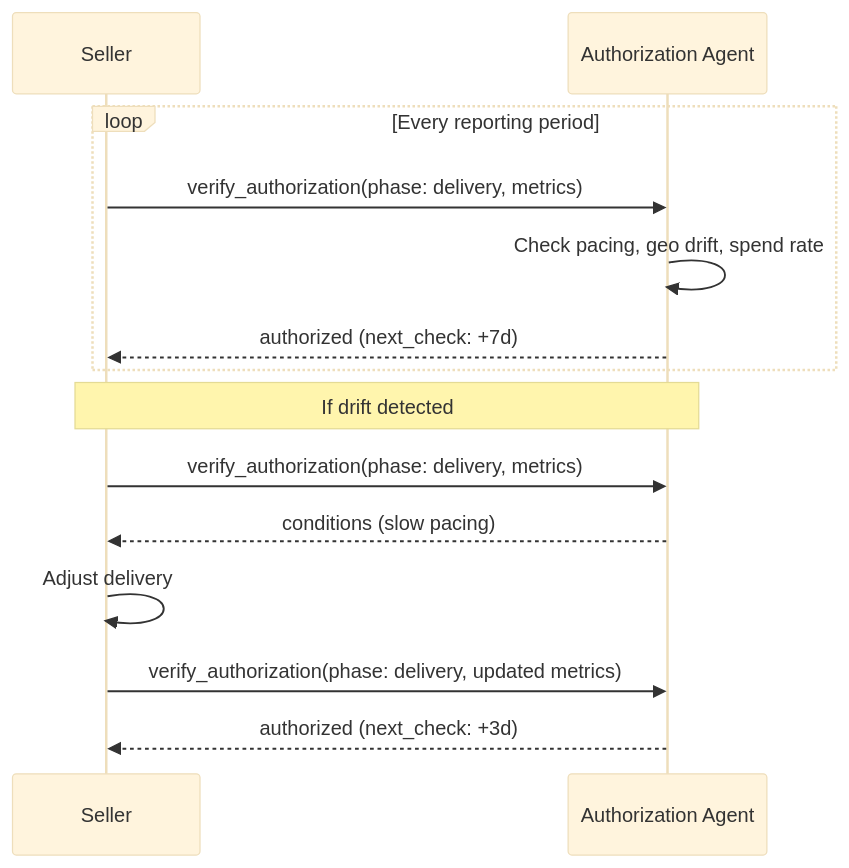
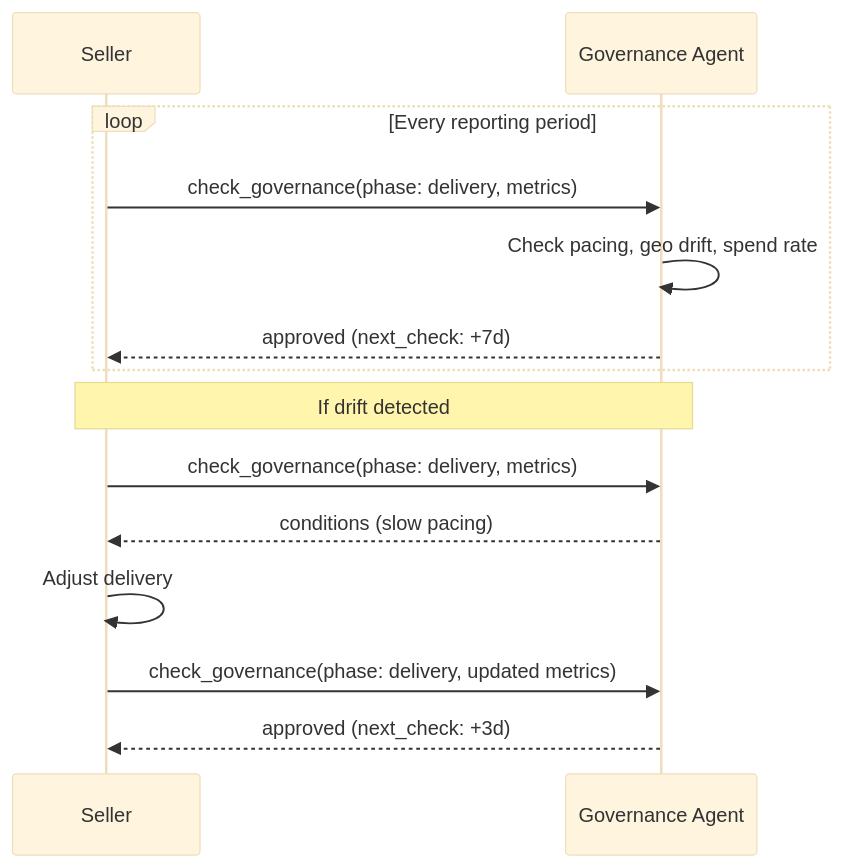
Before and after one commit to adcontextprotocol/adcp: the third of 4 diagrams in docs/governance/campaign/specification.mdx, drawn with Mermaid (base theme). The commit also changed other lines of this file and 17 other files, not shown here.

First line of the commit message:
refactor: rename authorization → governance terminology

````diff
--- a/docs/governance/campaign/specification.mdx
+++ b/docs/governance/campaign/specification.mdx
@@ -391,18 +391,18 @@
 ```mermaid
 sequenceDiagram
     participant S as Seller
-    participant A as Authorization Agent
+    participant A as Governance Agent
 
     loop Every reporting period
-        S->>A: verify_authorization(phase: delivery, metrics)
+        S->>A: check_governance(phase: delivery, metrics)
         A->>A: Check pacing, geo drift, spend rate
-        A-->>S: authorized (next_check: +7d)
+        A-->>S: approved (next_check: +7d)
     end
 
     Note over S,A: If drift detected
-    S->>A: verify_authorization(phase: delivery, metrics)
+    S->>A: check_governance(phase: delivery, metrics)
     A-->>S: conditions (slow pacing)
     S->>S: Adjust delivery
-    S->>A: verify_authorization(phase: delivery, updated metrics)
-    A-->>S: authorized (next_check: +3d)
+    S->>A: check_governance(phase: delivery, updated metrics)
+    A-->>S: approved (next_check: +3d)
 ```
````
